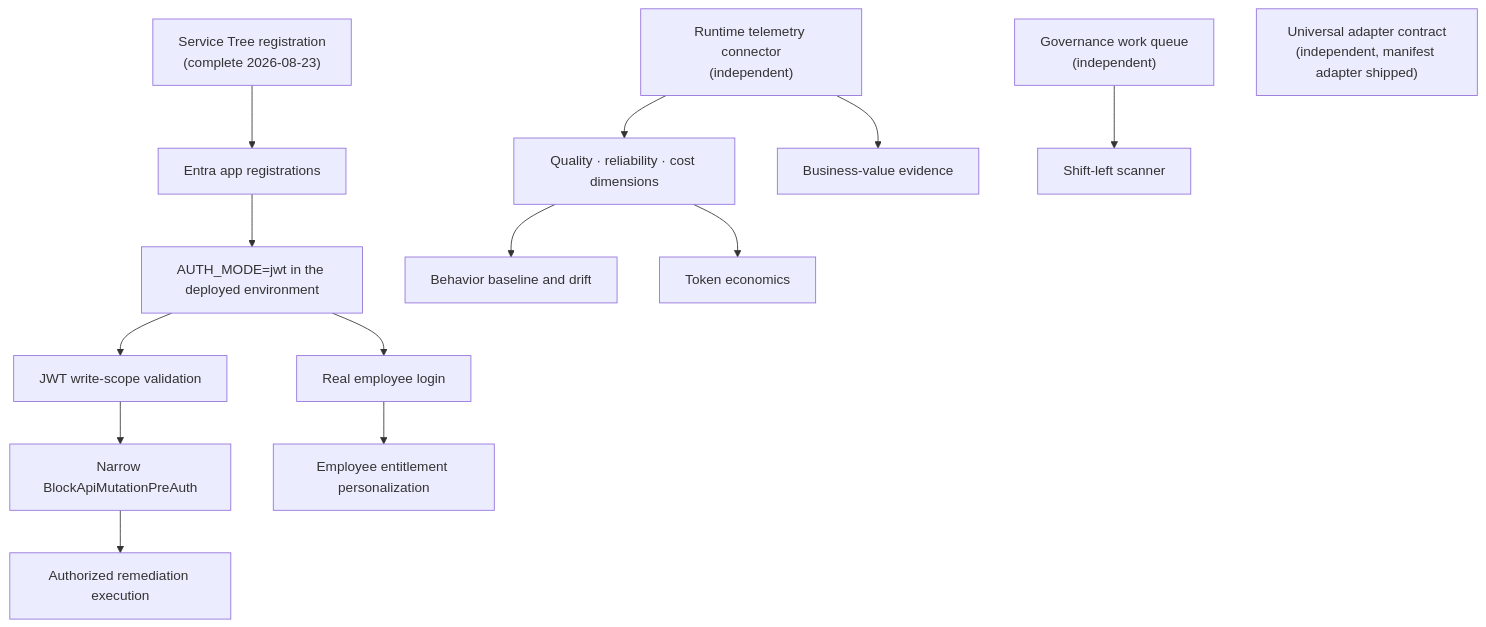
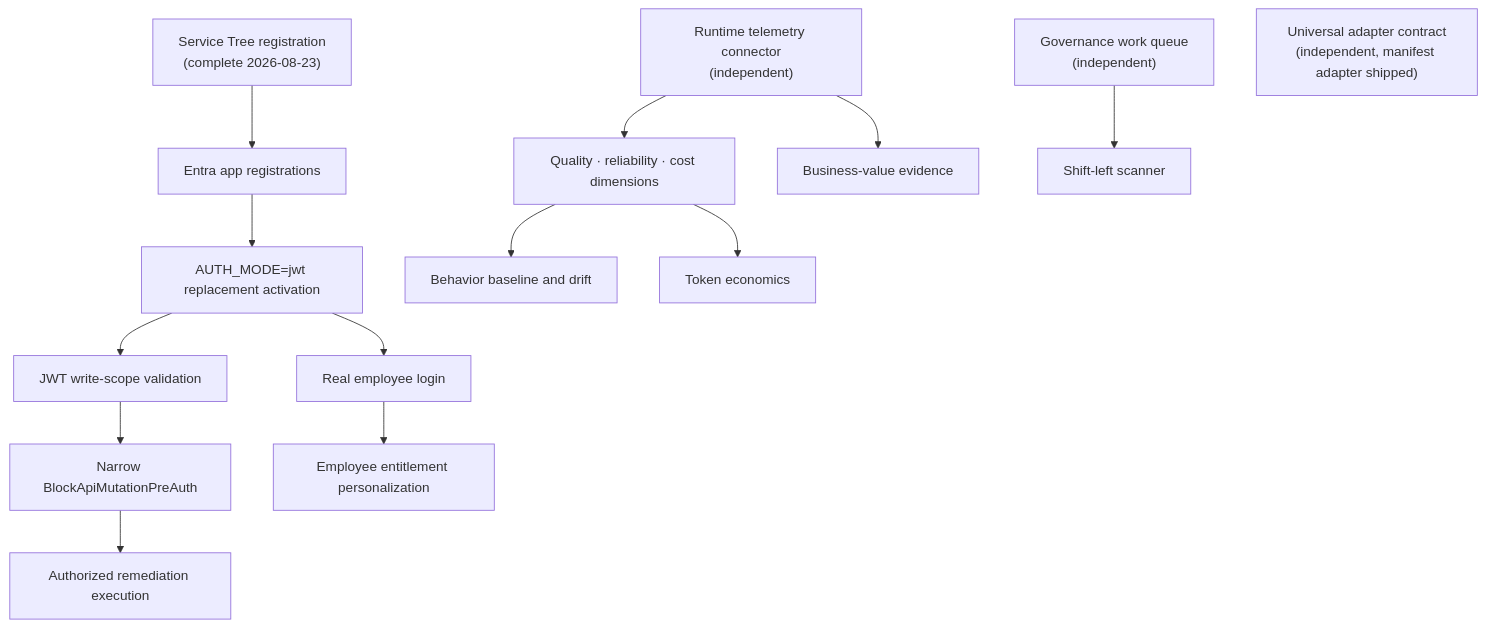
The diagram in docs/roadmap.md (YOONPYOGitHub/agent-sentinel), drawn with Mermaid before and after one commit. The commit also changed other lines of this file and 19 other files, not shown here.

````diff
--- a/docs/roadmap.md
+++ b/docs/roadmap.md
@@ -18,20 +18,20 @@
 ```mermaid
 flowchart TD
     ST["Service Tree registration<br/>(complete 2026-08-23)"]
     ST --> EA["Entra app registrations"]
-    EA --> AUTH["AUTH_MODE=jwt in the deployed environment"]
+    EA --> AUTH["AUTH_MODE=jwt replacement activation"]
     AUTH --> LOGIN["Real employee login"]
     AUTH --> WRITE["JWT write-scope validation"]
     WRITE --> WAF["Narrow BlockApiMutationPreAuth"]
     WAF --> REM["Authorized remediation execution"]
     LOGIN --> ENT["Employee entitlement personalization"]
 
     TEL["Runtime telemetry connector<br/>(independent)"]
     TEL --> DIMS["Quality · reliability · cost dimensions"]
     DIMS --> DRIFT["Behavior baseline and drift"]
     DIMS --> TOKEN["Token economics"]
     TEL --> VALUE["Business-value evidence"]
 
     GOV["Governance work queue<br/>(independent)"] --> SHIFT["Shift-left scanner"]
     ADAPT["Universal adapter contract<br/>(independent, manifest adapter shipped)"]
 ```
````
